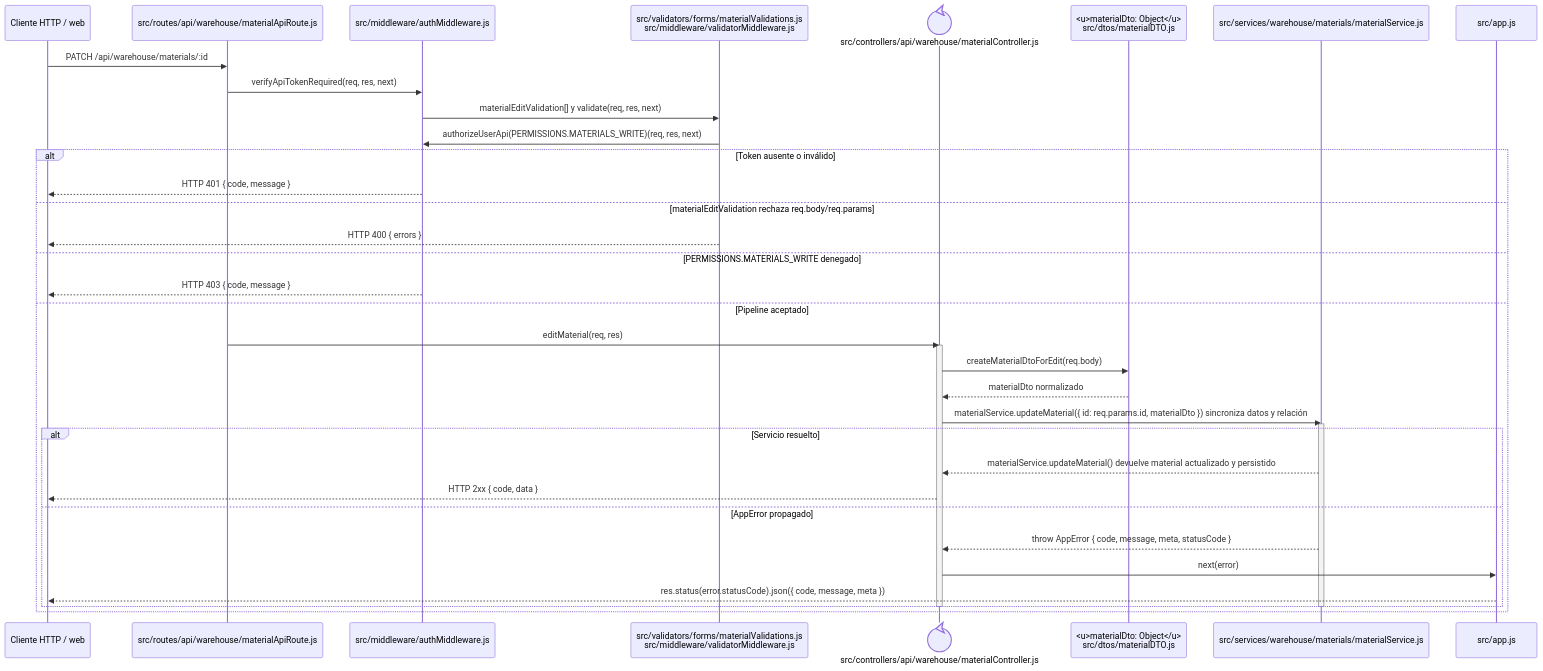
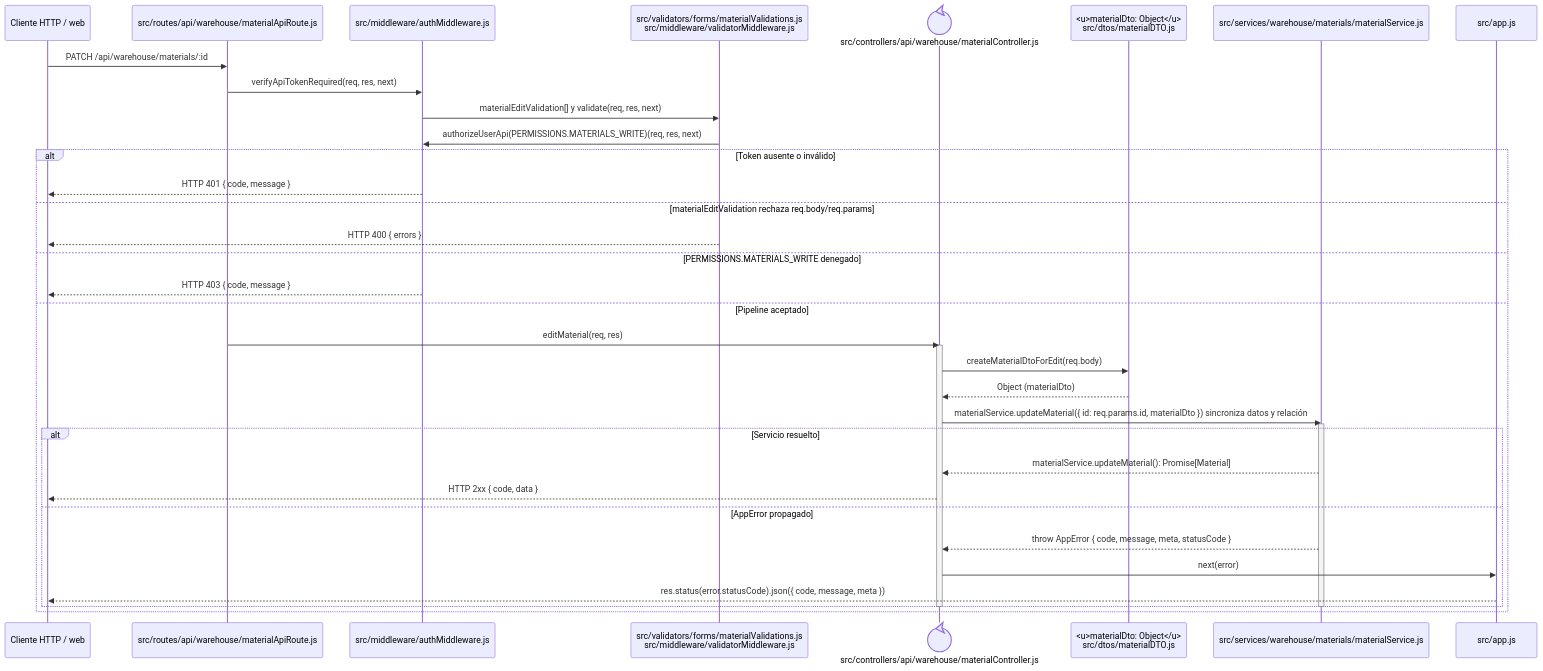
One commit to gpgsistemas01/nexus changed the diagram in docs/architecture/backend-code-sequences/catalogs/cu-alm-03.md. Above: the diagram before and after it, drawn with Mermaid. The commit also changed 146 other files, not shown here.

````diff
--- a/docs/architecture/backend-code-sequences/catalogs/cu-alm-03.md
+++ b/docs/architecture/backend-code-sequences/catalogs/cu-alm-03.md
@@ -6,40 +6,40 @@
 ```mermaid
 sequenceDiagram
     participant Client as Cliente HTTP / web
     participant Route as src/routes/api/warehouse/materialApiRoute.js
     participant Auth as src/middleware/authMiddleware.js
     participant Validator as src/validators/forms/materialValidations.js<br/>src/middleware/validatorMiddleware.js
     participant Controller@{ "type": "control" } as src/controllers/api/warehouse/materialController.js
     participant MaterialDto as <u>materialDto: Object</u><br/>src/dtos/materialDTO.js
     participant Domain as src/services/warehouse/materials/materialService.js
     participant ErrorHandler as src/app.js
 
     Client->>Route: PATCH /api/warehouse/materials/:id
     Route->>Auth: verifyApiTokenRequired(req, res, next)
     Auth->>Validator: materialEditValidation[] y validate(req, res, next)
     Validator->>Auth: authorizeUserApi(PERMISSIONS.MATERIALS_WRITE)(req, res, next)
     alt Token ausente o inválido
         Auth-->>Client: HTTP 401 { code, message }
     else materialEditValidation rechaza req.body/req.params
         Validator-->>Client: HTTP 400 { errors }
     else PERMISSIONS.MATERIALS_WRITE denegado
         Auth-->>Client: HTTP 403 { code, message }
     else Pipeline aceptado
         Route->>Controller: editMaterial(req, res)
         activate Controller
         Controller->>MaterialDto: createMaterialDtoForEdit(req.body)
-        MaterialDto-->>Controller: materialDto normalizado
+        MaterialDto-->>Controller: Object (materialDto)
         Controller->>Domain: materialService.updateMaterial({ id: req.params.id, materialDto }) sincroniza datos y relación
         activate Domain
         alt Servicio resuelto
-            Domain-->>Controller: materialService.updateMaterial() devuelve material actualizado y persistido
+            Domain-->>Controller: materialService.updateMaterial(): Promise[Material]
             Controller-->>Client: HTTP 2xx { code, data }
         else AppError propagado
             Domain-->>Controller: throw AppError { code, message, meta, statusCode }
             Controller->>ErrorHandler: next(error)
             ErrorHandler-->>Client: res.status(error.statusCode).json({ code, message, meta })
         end
         deactivate Domain
         deactivate Controller
     end
 ```
````
